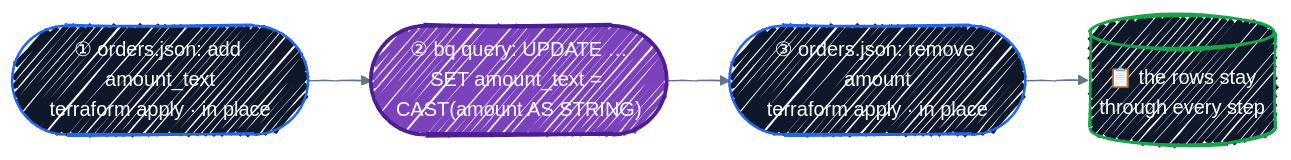
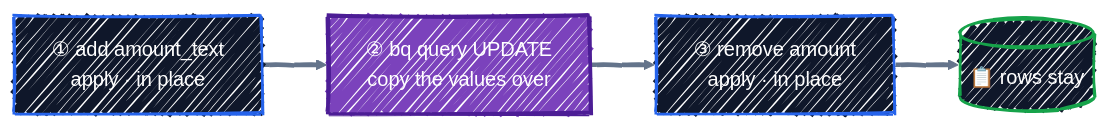
One commit to r97221004/terraform-tutorial changed the fourth of 4 diagrams in docs/gcp-services/bigquery.md. Above: the diagram before and after it, drawn with Mermaid. The commit also changed other lines of this file, not shown here.

First line of the commit message:
docs: make three BigQuery diagrams readable

````diff
--- a/docs/gcp-services/bigquery.md
+++ b/docs/gcp-services/bigquery.md
@@ -318,27 +314,27 @@
 ```mermaid
 ---
 config:
   look: handDrawn
   theme: default
   themeVariables:
     fontFamily: '"Comic Sans MS", "Comic Sans", "Segoe Print", "Bradley Hand", cursive'
     lineColor: '#64748B'
     edgeLabelBackground: '#475569'
   themeCSS: |
     .edgeLabel, .edgeLabel p, .edgeLabel span { color: #FFFFFF !important; }
 ---
 flowchart LR
-    s1(["① orders.json: add amount_text<br/>terraform apply · in place"])
-    s2(["② bq query: UPDATE …<br/>SET amount_text = CAST(amount AS STRING)"])
-    s3(["③ orders.json: remove amount<br/>terraform apply · in place"])
-    rows[("📋 the rows stay<br/>through every step")]
+    s1["① add amount_text<br/>apply · in place"]
+    s2["② bq query UPDATE<br/>copy the values over"]
+    s3["③ remove amount<br/>apply · in place"]
+    rows[("📋 rows stay")]
 
-    s1 --> s2 --> s3 --> rows
+    s1 ==> s2 ==> s3 ==> rows
 
     classDef ctrl fill:#0F172A,stroke:#2563EB,stroke-width:2px,color:#FFFFFF
     classDef eng fill:#7B42BC,stroke:#4C1D95,stroke-width:3px,color:#FFFFFF
     classDef tgt fill:#0F172A,stroke:#16A34A,stroke-width:2px,color:#FFFFFF
     class s1,s3 ctrl
     class s2 eng
     class rows tgt
 ```
````
